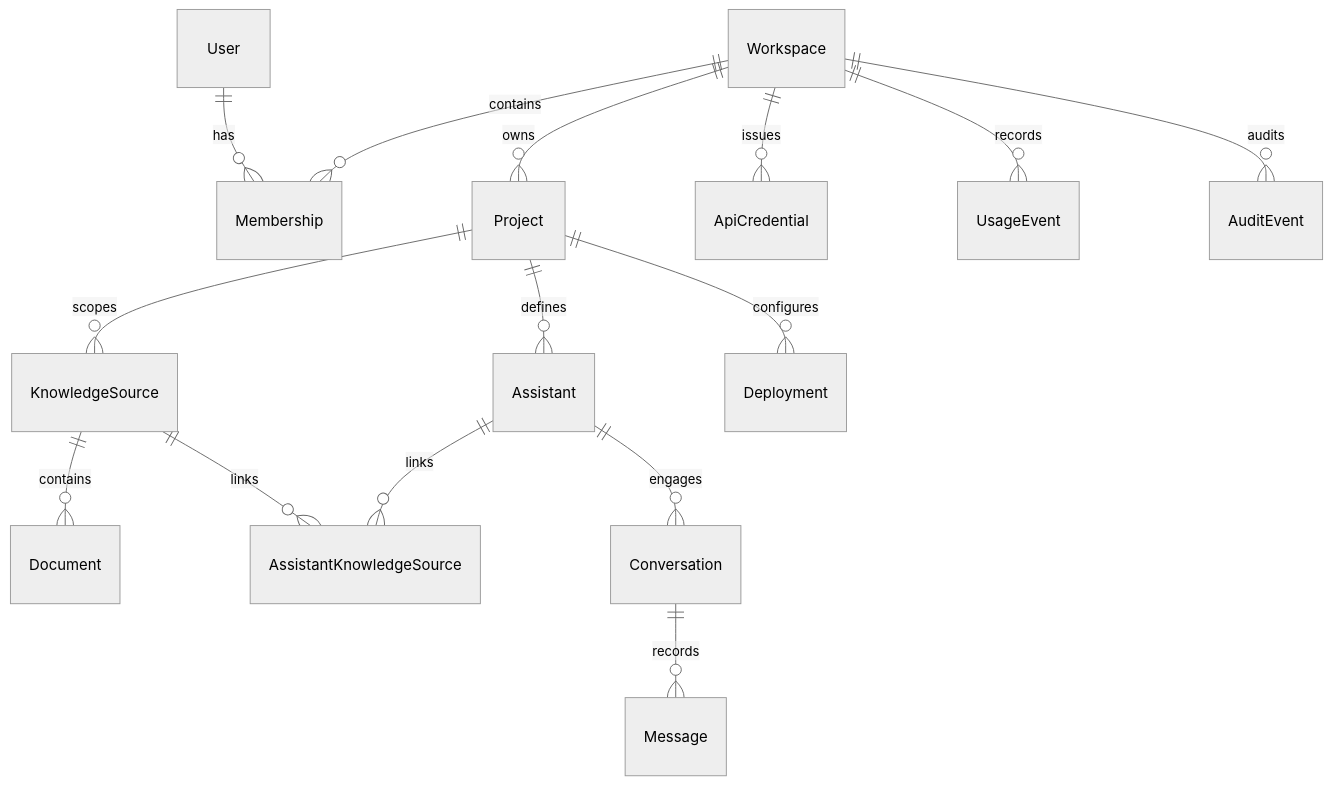
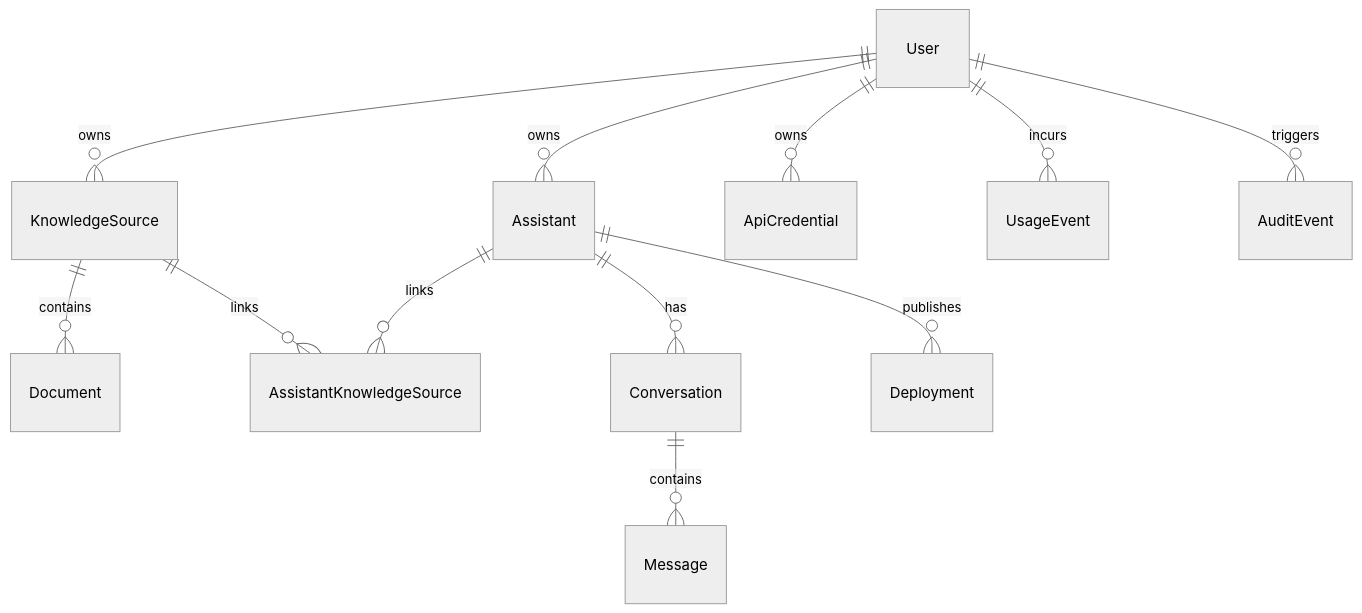
One commit to ansarialireza/weirwise-rag-platform changed the diagram in docs/DOMAIN_MODEL.md. Above: the diagram before and after it, drawn with Mermaid (neutral theme). The commit also changed other lines of this file and 13 other files, not shown here.

Commit message:
docs: document platform architecture and engineering

````diff
--- a/docs/DOMAIN_MODEL.md
+++ b/docs/DOMAIN_MODEL.md
@@ -7,17 +8,14 @@
 ```mermaid
 erDiagram
-    User ||--o{ Membership : has
-    Workspace ||--o{ Membership : contains
-    Workspace ||--o{ Project : owns
-    Project ||--o{ KnowledgeSource : scopes
+    User ||--o{ KnowledgeSource : owns
     KnowledgeSource ||--o{ Document : contains
-    Project ||--o{ Assistant : defines
+    User ||--o{ Assistant : owns
     Assistant ||--o{ AssistantKnowledgeSource : links
     KnowledgeSource ||--o{ AssistantKnowledgeSource : links
-    Assistant ||--o{ Conversation : engages
-    Conversation ||--o{ Message : records
-    Project ||--o{ Deployment : configures
-    Workspace ||--o{ ApiCredential : issues
-    Workspace ||--o{ UsageEvent : records
-    Workspace ||--o{ AuditEvent : audits
+    Assistant ||--o{ Conversation : has
+    Conversation ||--o{ Message : contains
+    Assistant ||--o{ Deployment : publishes
+    User ||--o{ ApiCredential : owns
+    User ||--o{ UsageEvent : incurs
+    User ||--o{ AuditEvent : triggers
 ```
````
